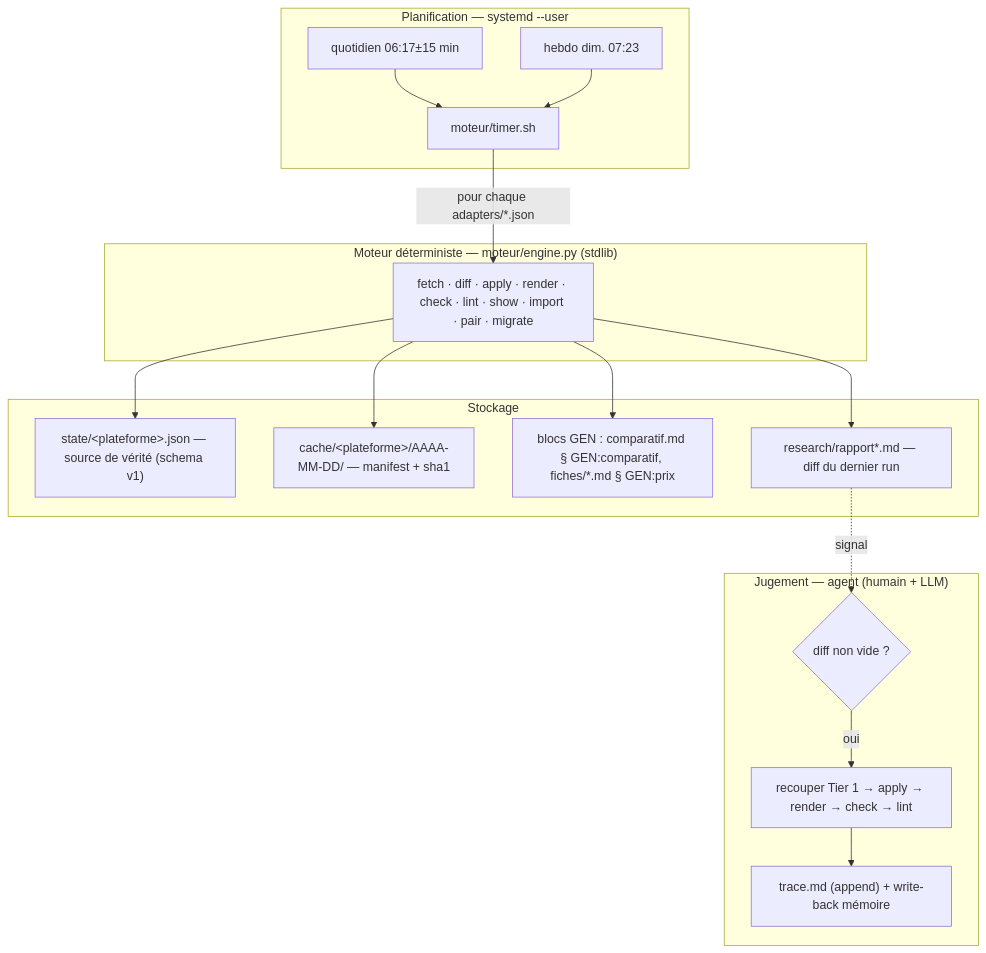
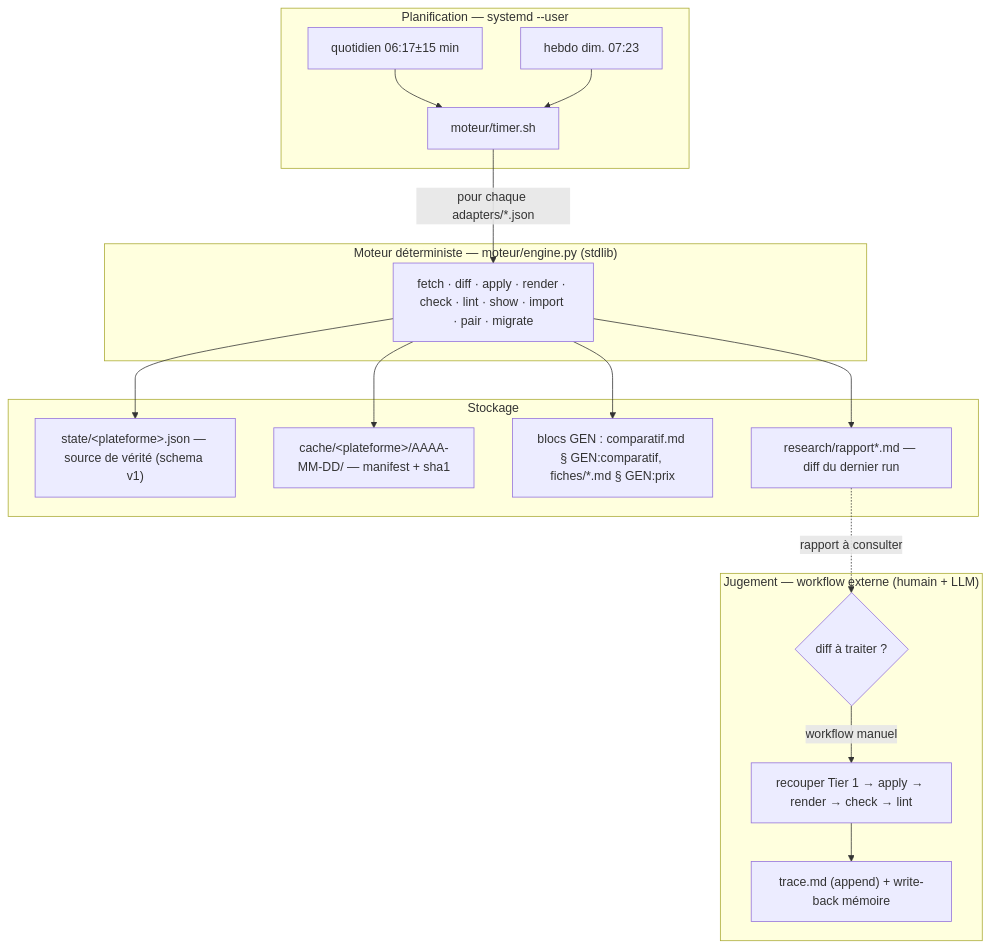
One commit to giak/llm-compare changed the first of 4 diagrams in docs/ARCHITECTURE.md. Above: the diagram before and after it, drawn with Mermaid. The commit also changed other lines of this file and 2 other files, not shown here.

Commit message:
docs: align evidence and timer workflow contracts

````diff
--- a/docs/ARCHITECTURE.md
+++ b/docs/ARCHITECTURE.md
@@ -26,32 +27,32 @@
 ```mermaid
 flowchart TB
   subgraph P["Planification — systemd --user"]
     T1["quotidien 06:17±15 min"] --> TS["moteur/timer.sh"]
     T2["hebdo dim. 07:23"] --> TS
   end
 
   subgraph E["Moteur déterministe — moteur/engine.py (stdlib)"]
     CMD["fetch · diff · apply · render · check · lint · show · import · pair · migrate"]
   end
 
   TS -->|"pour chaque adapters/*.json"| CMD
 
   subgraph S["Stockage"]
     ST["state/&lt;plateforme&gt;.json — source de vérité (schema v1)"]
     CA["cache/&lt;plateforme&gt;/AAAA-MM-DD/ — manifest + sha1"]
     GEN["blocs GEN : comparatif.md § GEN:comparatif, fiches/*.md § GEN:prix"]
     RA["research/rapport*.md — diff du dernier run"]
   end
 
   CMD --> ST
   CMD --> CA
   CMD --> GEN
   CMD --> RA
 
-  subgraph A["Jugement — agent (humain + LLM)"]
-    J1{"diff non vide ?"} -->|oui| J2["recouper Tier 1 → apply → render → check → lint"]
+  subgraph A["Jugement — workflow externe (humain + LLM)"]
+    J1{"diff à traiter ?"} -->|workflow manuel| J2["recouper Tier 1 → apply → render → check → lint"]
     J2 --> J3["trace.md (append) + write-back mémoire"]
   end
 
-  RA -.->|"signal"| J1
+  RA -.->|"rapport à consulter"| J1
 ```
````
